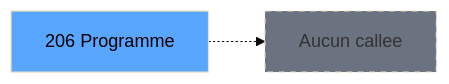
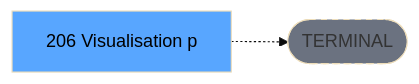
One commit to thonyAGP/lecteur-magic changed the third of 3 diagrams in .openspec/specs/ADH-IDE-206.md. Above: the diagram before and after it, drawn with Mermaid (base theme). The commit also changed other lines of this file and 701 other files, not shown here.

````diff
--- a/.openspec/specs/ADH-IDE-206.md
+++ b/.openspec/specs/ADH-IDE-206.md
@@ -126,8 +134,8 @@
 ```mermaid
 graph LR
-    T[206 Programme]
-    NONE[Aucun callee]
-    T -.-> NONE
+    T[206 Visualisation p]
+    TERM([TERMINAL])
+    T -.-> TERM
+    style TERM fill:#6b7280,stroke-dasharray: 5 5
     style T fill:#58a6ff,color:#000
-    style NONE fill:#6b7280,stroke-dasharray: 5 5
 ```
````
